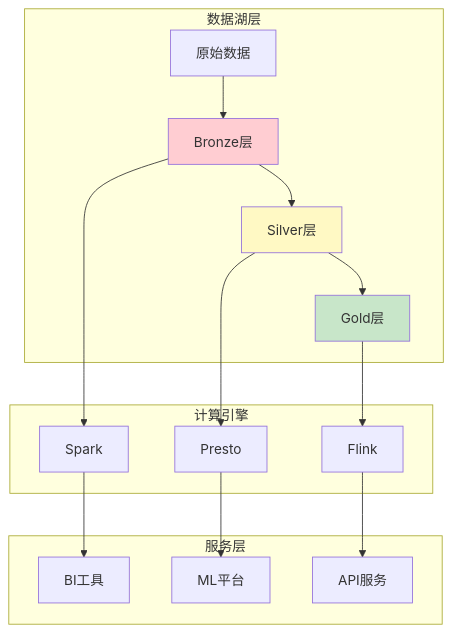
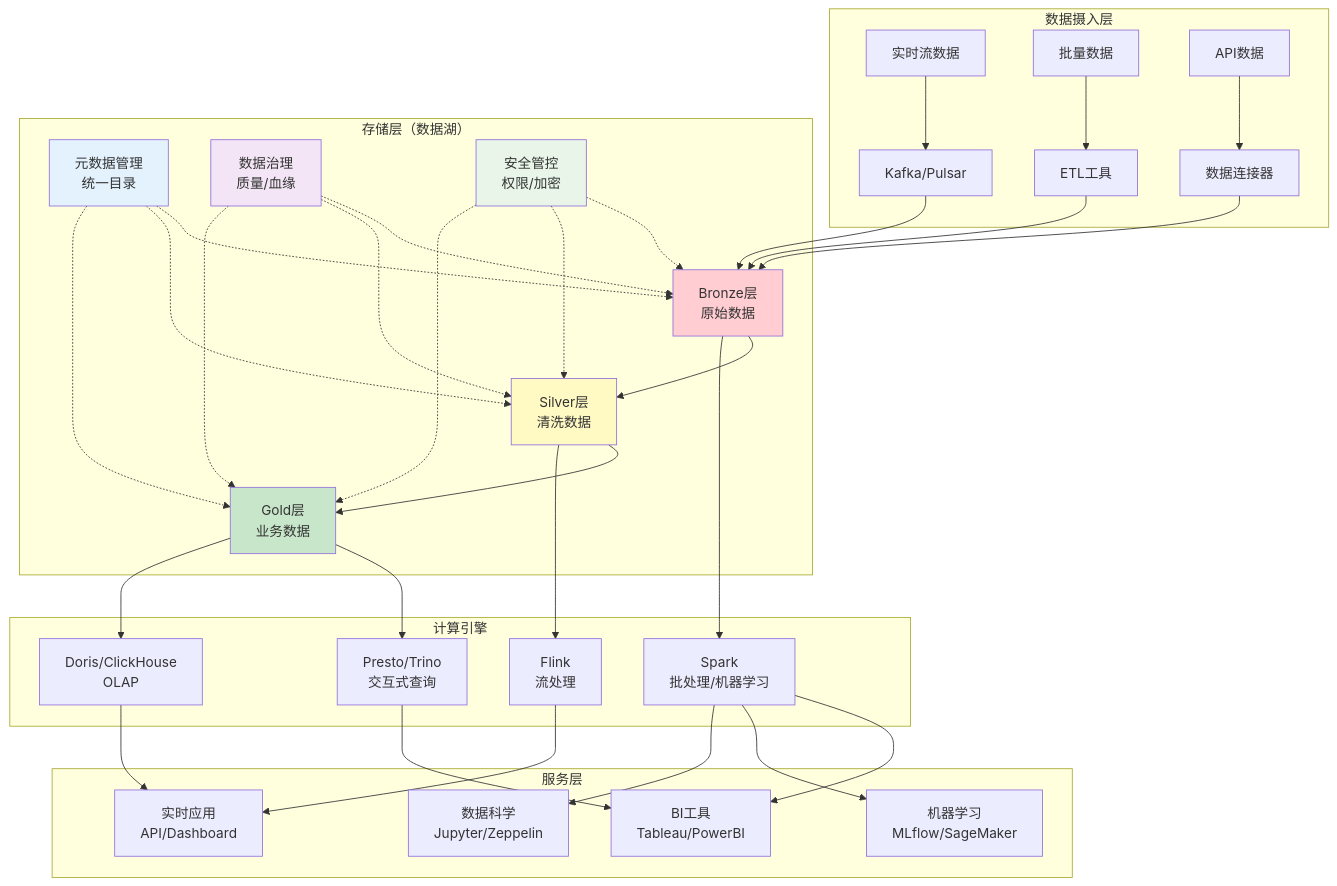
One commit to ralph-wren/TechStack-Handbook changed the seventh of 22 diagrams in 25.数据仓库.md. Above: the diagram before and after it, drawn with Mermaid. The commit also changed other lines of this file, not shown here.

````diff
--- a/25.数据仓库.md
+++ b/25.数据仓库.md
@@ -523,32 +468,63 @@
 ```mermaid
 graph TB
-    subgraph "数据湖层"
-        A1[原始数据] --> B1[Bronze层]
-        B1 --> B2[Silver层] 
-        B2 --> B3[Gold层]
+    subgraph "数据摄入层"
+        A1[实时流数据] --> A2[Kafka/Pulsar]
+        A3[批量数据] --> A4[ETL工具]
+        A5[API数据] --> A6[数据连接器]
+    end
+    
+    subgraph "存储层（数据湖）"
+        A2 --> B1[Bronze层<br/>原始数据]
+        A4 --> B1
+        A6 --> B1
+        B1 --> B2[Silver层<br/>清洗数据]
+        B2 --> B3[Gold层<br/>业务数据]
+        
+        B4[元数据管理<br/>统一目录]
+        B5[数据治理<br/>质量/血缘]
+        B6[安全管控<br/>权限/加密]
     end
     
     subgraph "计算引擎"
-        C1[Spark]
-        C2[Presto]
-        C3[Flink]
+        C1[Spark<br/>批处理/机器学习]
+        C2[Flink<br/>流处理]
+        C3[Presto/Trino<br/>交互式查询]
+        C4[Doris/ClickHouse<br/>OLAP]
     end
     
     subgraph "服务层"
-        D1[BI工具]
-        D2[ML平台]
-        D3[API服务]
+        D1[BI工具<br/>Tableau/PowerBI]
+        D2[机器学习<br/>MLflow/SageMaker]
+        D3[实时应用<br/>API/Dashboard]
+        D4[数据科学<br/>Jupyter/Zeppelin]
     end
     
     B1 --> C1
     B2 --> C2
     B3 --> C3
+    B3 --> C4
     
     C1 --> D1
-    C2 --> D2
-    C3 --> D3
+    C1 --> D2
+    C2 --> D3
+    C3 --> D1
+    C4 --> D3
+    C1 --> D4
+    
+    B4 -.-> B1
+    B4 -.-> B2
+    B4 -.-> B3
+    B5 -.-> B1
+    B5 -.-> B2
+    B5 -.-> B3
+    B6 -.-> B1
+    B6 -.-> B2
+    B6 -.-> B3
     
     style B1 fill:#ffcdd2
     style B2 fill:#fff9c4
     style B3 fill:#c8e6c9
+    style B4 fill:#e3f2fd
+    style B5 fill:#f3e5f5
+    style B6 fill:#e8f5e8
 ```
````
